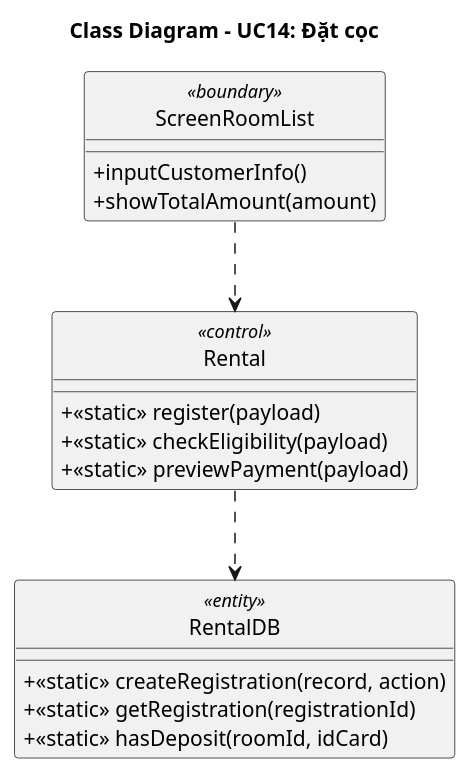
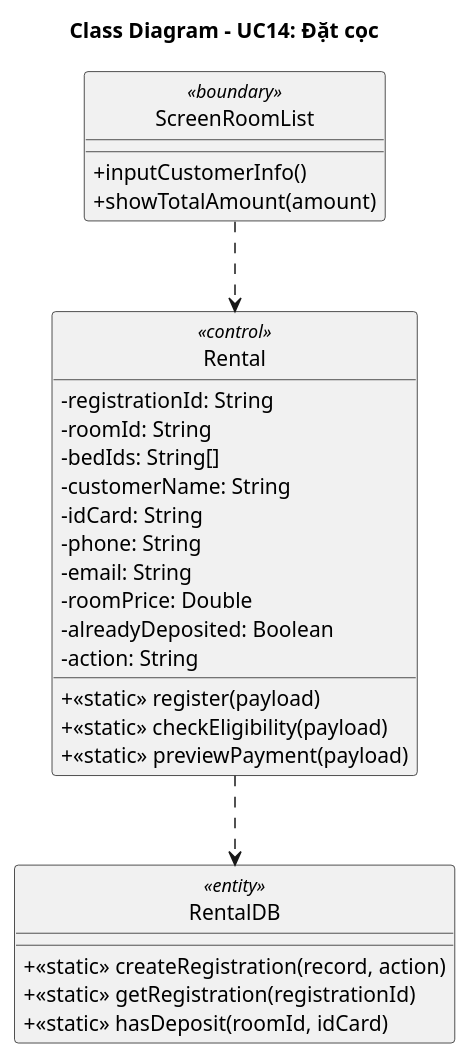
One commit to Gnourt812005/HCMUS-Analyze-and-desgin-IS changed the diagram in doc/system/dat_coc/DatCoc_ClassDiagram.wsd. Above: the diagram before and after it, drawn with PlantUML. The commit also changed 3 other files, not shown here.

Commit message:
bao/class diagram: fix class diagram

```diff
--- a/doc/system/dat_coc/DatCoc_ClassDiagram.wsd
+++ b/doc/system/dat_coc/DatCoc_ClassDiagram.wsd
@@ -1,28 +1,38 @@
 @startuml DatCoc_ClassDiagram
 skinparam classAttributeIconSize 0
 skinparam style strictuml
 title Class Diagram - UC14: Đặt cọc
 
 ' --- BOUNDARY LAYER ---
 class "ScreenRoomList" as ScreenRoomList <<boundary>> {
     + inputCustomerInfo()
     + showTotalAmount(amount)
 }
 
 ' --- BUSINESS LAYER ---
 class "Rental" as Rental <<control>> {
+    - registrationId: String
+    - roomId: String
+    - bedIds: String[]
+    - customerName: String
+    - idCard: String
+    - phone: String
+    - email: String
+    - roomPrice: Double
+    - alreadyDeposited: Boolean
+    - action: String
     + <<static>> register(payload)
     + <<static>> checkEligibility(payload)
     + <<static>> previewPayment(payload)
 }
 
 class "RentalDB" as RentalDB <<entity>> {
     + <<static>> createRegistration(record, action)
     + <<static>> getRegistration(registrationId)
     + <<static>> hasDeposit(roomId, idCard)
 }
 
 "ScreenRoomList" ..> "Rental"
 "Rental" ..> "RentalDB"
 
 @enduml
```
